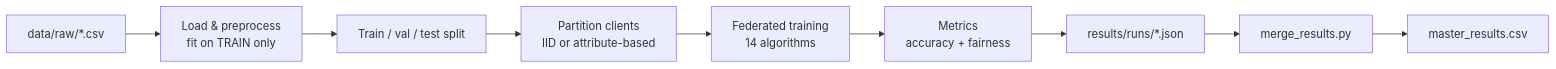
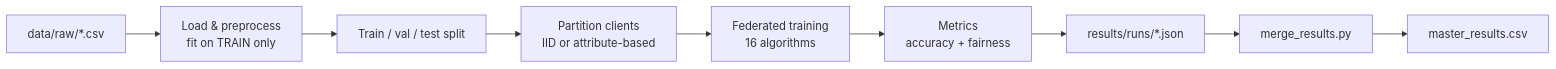
One commit to codershreya/Fair-Fl-Bench changed the diagram in README.md. Above: the diagram before and after it, drawn with Mermaid. The commit also changed other lines of this file and 8 other files, not shown here.

````diff
--- a/README.md
+++ b/README.md
@@ -159,11 +176,11 @@
 ```mermaid
 flowchart LR
     A[data/raw/*.csv] --> B[Load & preprocess<br/>fit on TRAIN only]
     B --> C[Train / val / test split]
     C --> D[Partition clients<br/>IID or attribute-based]
-    D --> E[Federated training<br/>14 algorithms]
+    D --> E[Federated training<br/>16 algorithms]
     E --> F[Metrics<br/>accuracy + fairness]
     F --> G[results/runs/*.json]
     G --> H[merge_results.py]
     H --> I[master_results.csv]
 ```
````
